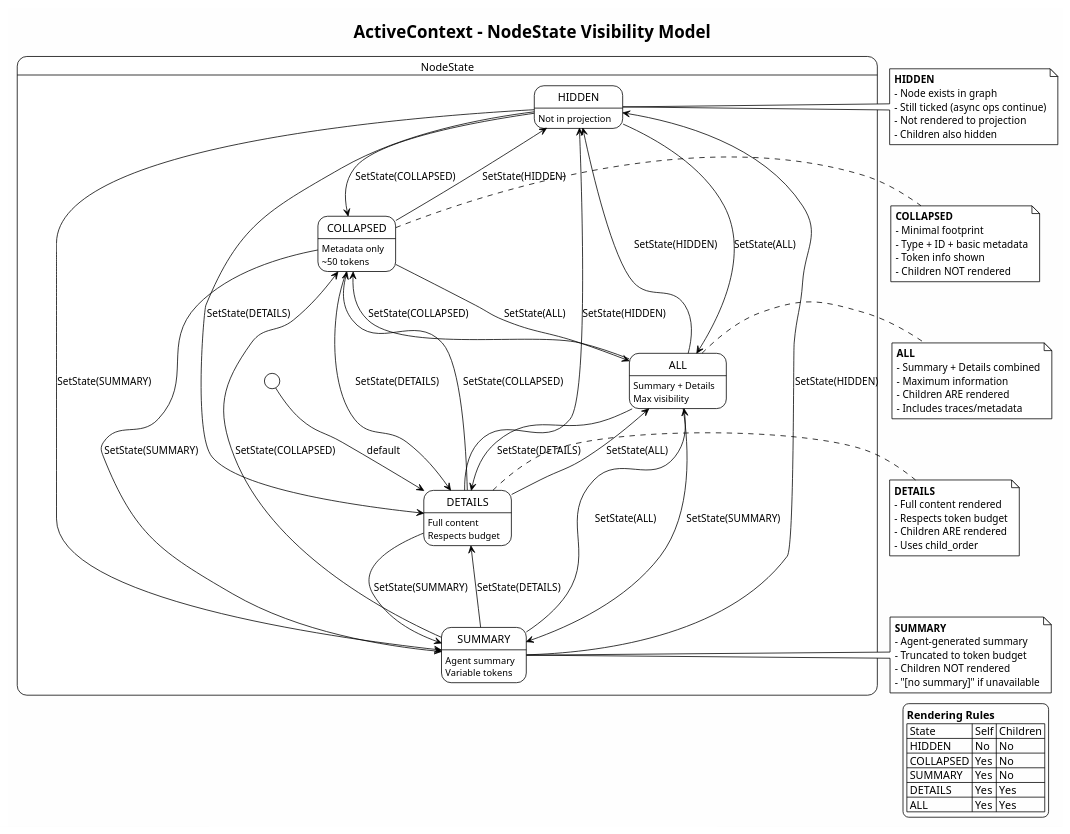
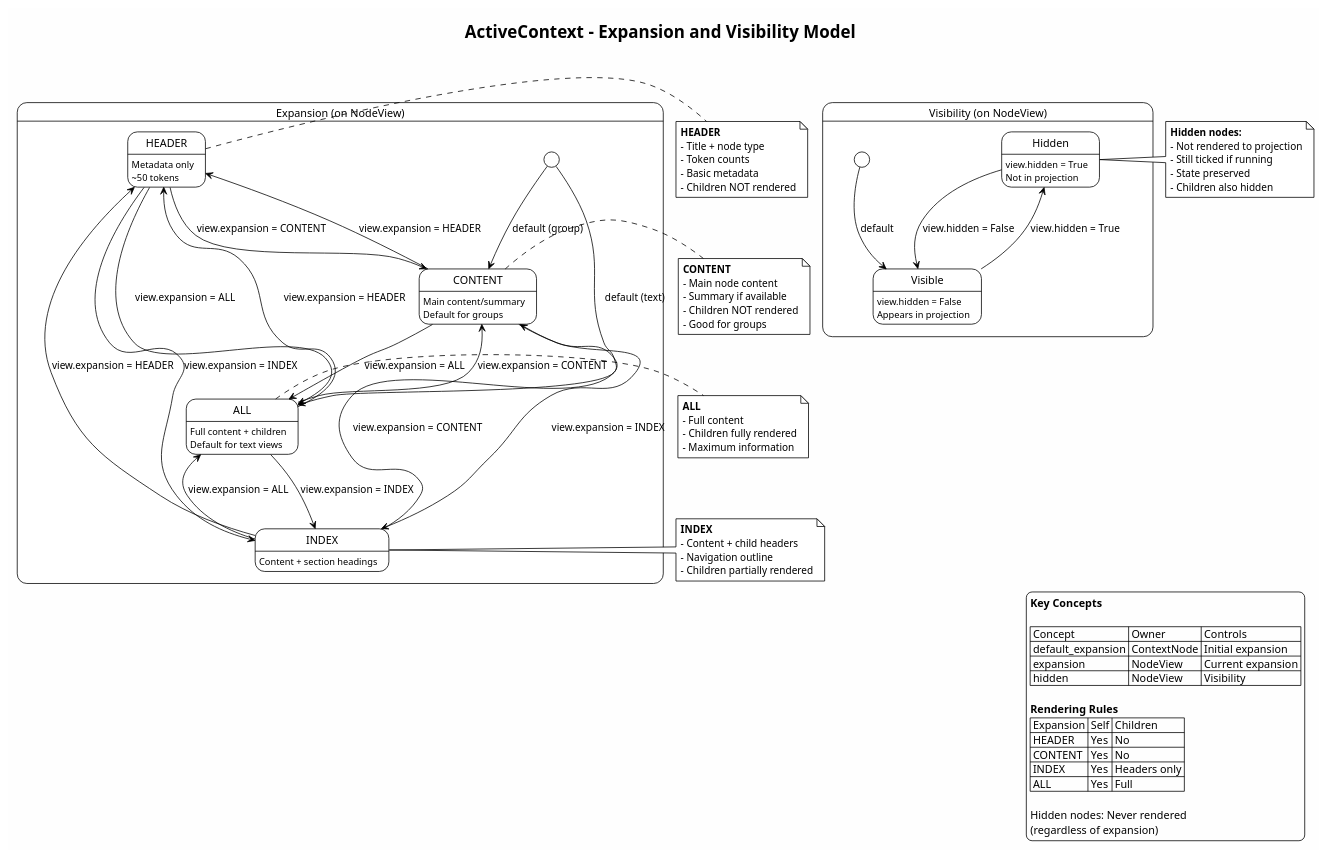
The diagram in docs/diagrams/activecontext/03-node-states.puml (Oortonaut/ActiveContext), drawn with PlantUML before and after one commit. The commit also changed 14 other files, not shown here.

First line of the commit message:
Fix documentation drift across prompts, diagrams, and design docs

```diff
--- a/docs/diagrams/activecontext/03-node-states.puml
+++ b/docs/diagrams/activecontext/03-node-states.puml
@@ -1,93 +1,102 @@
-@startuml Node_States
+@startuml Expansion_Visibility
 !theme plain
 skinparam backgroundColor #FEFEFE
 
-title ActiveContext - NodeState Visibility Model
+title ActiveContext - Expansion and Visibility Model
 
-state "NodeState" as NS {
-  
-  state "HIDDEN" as H : Not in projection
-  state "COLLAPSED" as C : Metadata only\n~50 tokens
-  state "SUMMARY" as S : Agent summary\nVariable tokens
-  state "DETAILS" as D : Full content\nRespects budget
-  state "ALL" as A : Summary + Details\nMax visibility
+state "Expansion (on NodeView)" as Exp {
 
-  [*] --> D : default
-  
-  H --> C : SetState(COLLAPSED)
-  H --> S : SetState(SUMMARY)
-  H --> D : SetState(DETAILS)
-  H --> A : SetState(ALL)
-  
-  C --> H : SetState(HIDDEN)
-  C --> S : SetState(SUMMARY)
-  C --> D : SetState(DETAILS)
-  C --> A : SetState(ALL)
-  
-  S --> H : SetState(HIDDEN)
-  S --> C : SetState(COLLAPSED)
-  S --> D : SetState(DETAILS)
-  S --> A : SetState(ALL)
-  
-  D --> H : SetState(HIDDEN)
-  D --> C : SetState(COLLAPSED)
-  D --> S : SetState(SUMMARY)
-  D --> A : SetState(ALL)
-  
-  A --> H : SetState(HIDDEN)
-  A --> C : SetState(COLLAPSED)
-  A --> S : SetState(SUMMARY)
-  A --> D : SetState(DETAILS)
+  state "HEADER" as H : Metadata only\n~50 tokens
+  state "CONTENT" as C : Main content/summary\nDefault for groups
+  state "INDEX" as I : Content + section headings
+  state "ALL" as A : Full content + children\nDefault for text views
+
+  [*] --> A : default (text)
+  [*] --> C : default (group)
+
+  H --> C : view.expansion = CONTENT
+  H --> I : view.expansion = INDEX
+  H --> A : view.expansion = ALL
+
+  C --> H : view.expansion = HEADER
+  C --> I : view.expansion = INDEX
+  C --> A : view.expansion = ALL
+
+  I --> H : view.expansion = HEADER
+  I --> C : view.expansion = CONTENT
+  I --> A : view.expansion = ALL
+
+  A --> H : view.expansion = HEADER
+  A --> C : view.expansion = CONTENT
+  A --> I : view.expansion = INDEX
 }
 
 note right of H
-  **HIDDEN**
-  - Node exists in graph
-  - Still ticked (async ops continue)
-  - Not rendered to projection
-  - Children also hidden
+  **HEADER**
+  - Title + node type
+  - Token counts
+  - Basic metadata
+  - Children NOT rendered
 end note
 
 note right of C
-  **COLLAPSED**
-  - Minimal footprint
-  - Type + ID + basic metadata
-  - Token info shown
+  **CONTENT**
+  - Main node content
+  - Summary if available
   - Children NOT rendered
+  - Good for groups
 end note
 
-note right of S
-  **SUMMARY**
-  - Agent-generated summary
-  - Truncated to token budget
-  - Children NOT rendered
-  - "[no summary]" if unavailable
-end note
-
-note right of D
-  **DETAILS**
-  - Full content rendered
-  - Respects token budget
-  - Children ARE rendered
-  - Uses child_order
+note right of I
+  **INDEX**
+  - Content + child headers
+  - Navigation outline
+  - Children partially rendered
 end note
 
 note right of A
   **ALL**
-  - Summary + Details combined
+  - Full content
+  - Children fully rendered
   - Maximum information
-  - Children ARE rendered
-  - Includes traces/metadata
+end note
+
+state "Visibility (on NodeView)" as Vis {
+
+  state "Visible" as V : view.hidden = False\nAppears in projection
+  state "Hidden" as HID : view.hidden = True\nNot in projection
+
+  [*] --> V : default
+
+  V --> HID : view.hidden = True
+  HID --> V : view.hidden = False
+}
+
+note right of HID
+  **Hidden nodes:**
+  - Not rendered to projection
+  - Still ticked if running
+  - State preserved
+  - Children also hidden
 end note
 
 legend right
+  **Key Concepts**
+
+  | Concept | Owner | Controls |
+  | default_expansion | ContextNode | Initial expansion |
+  | expansion | NodeView | Current expansion |
+  | hidden | NodeView | Visibility |
+
   **Rendering Rules**
-  | State | Self | Children |
-  | HIDDEN | No | No |
-  | COLLAPSED | Yes | No |
-  | SUMMARY | Yes | No |
-  | DETAILS | Yes | Yes |
-  | ALL | Yes | Yes |
+  | Expansion | Self | Children |
+  | HEADER | Yes | No |
+  | CONTENT | Yes | No |
+  | INDEX | Yes | Headers only |
+  | ALL | Yes | Full |
+
+  Hidden nodes: Never rendered
+  (regardless of expansion)
 endlegend
 
 @enduml
```
